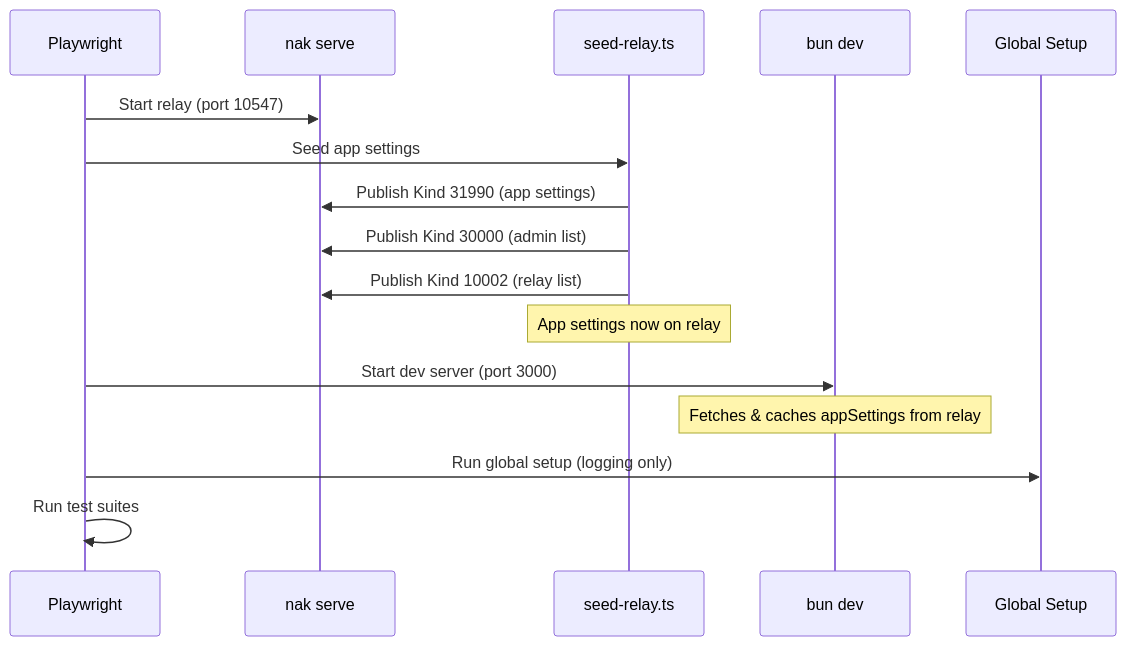
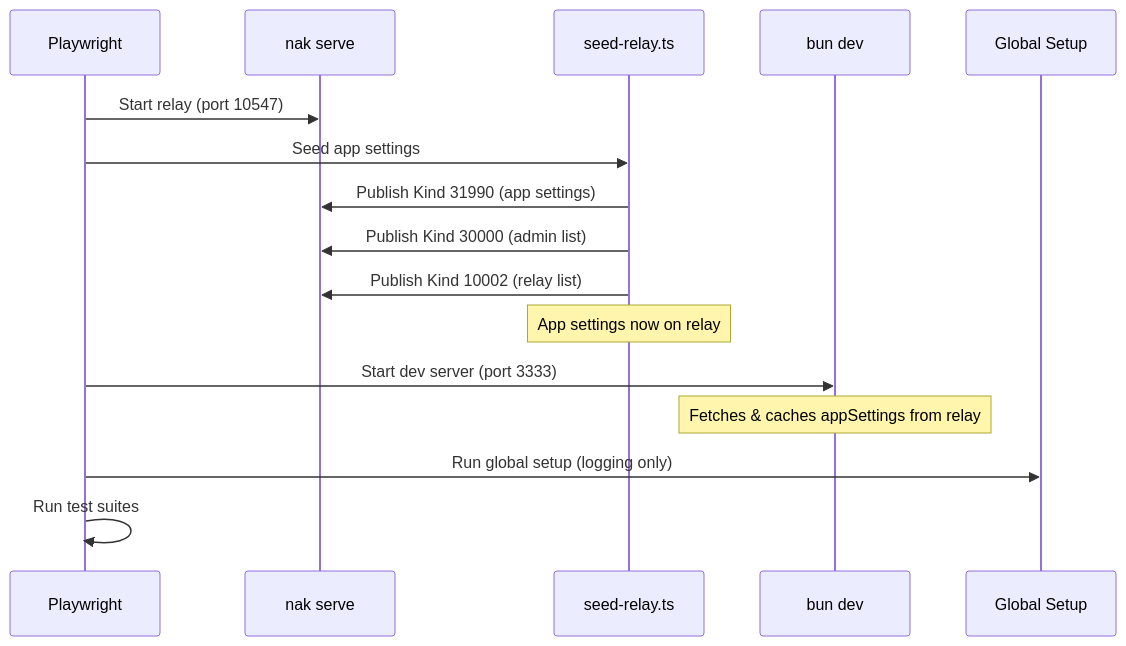
The second of 8 diagrams in e2e-new/ARCHITECTURE.md (PlebeianApp/market), drawn with Mermaid before and after one commit. The commit also changed other lines of this file and 8 other files, not shown here.

````diff
--- a/e2e-new/ARCHITECTURE.md
+++ b/e2e-new/ARCHITECTURE.md
@@ -102,19 +102,19 @@
 ```mermaid
 sequenceDiagram
     participant PW as Playwright
     participant NAK as nak serve
     participant SR as seed-relay.ts
     participant APP as bun dev
     participant GS as Global Setup
 
     PW->>NAK: Start relay (port 10547)
     PW->>SR: Seed app settings
     SR->>NAK: Publish Kind 31990 (app settings)
     SR->>NAK: Publish Kind 30000 (admin list)
     SR->>NAK: Publish Kind 10002 (relay list)
     Note over SR: App settings now on relay
-    PW->>APP: Start dev server (port 3000)
+    PW->>APP: Start dev server (port 3333)
     Note over APP: Fetches & caches appSettings from relay
     PW->>GS: Run global setup (logging only)
     PW->>PW: Run test suites
 ```
````
